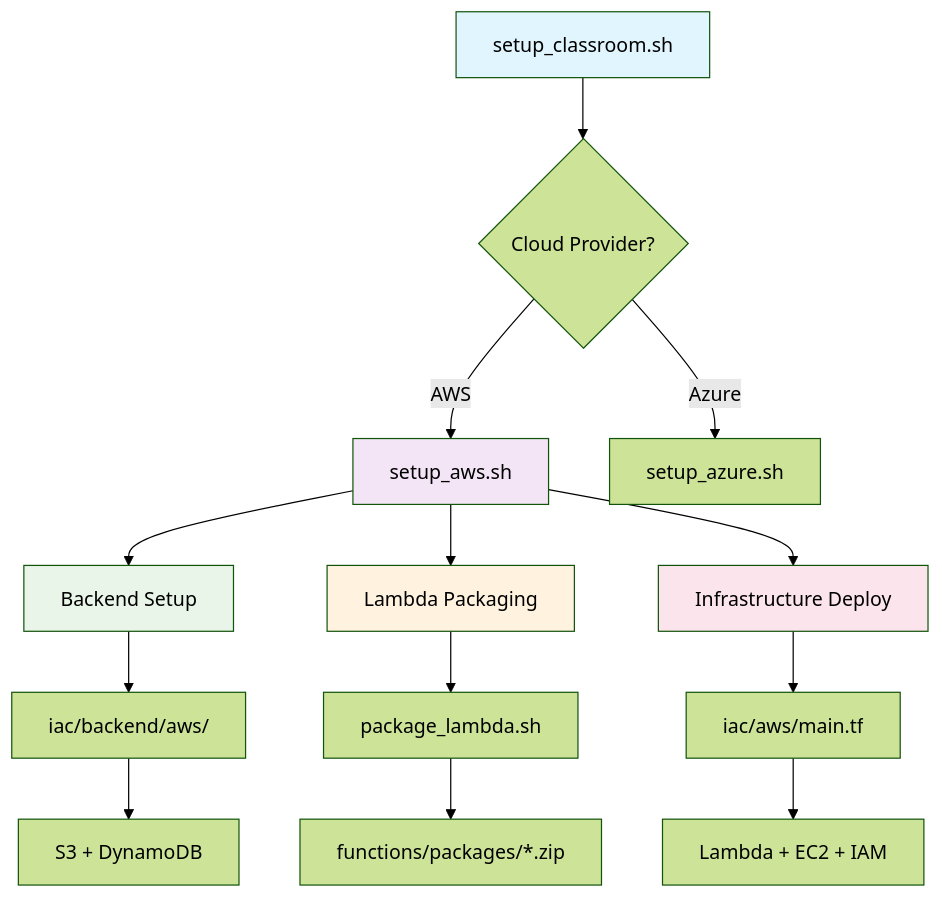
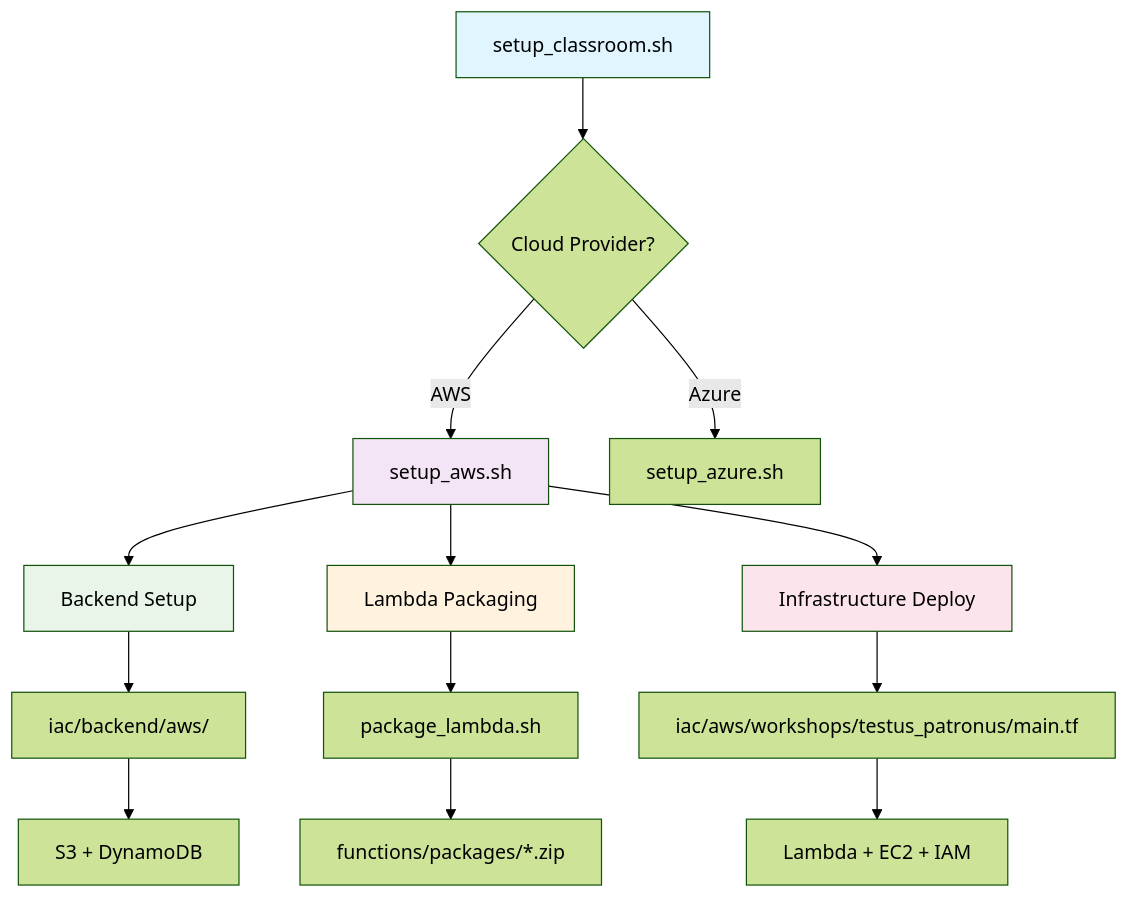
The first of 2 diagrams in README.md (Bassaganas/cloud-classroom-provisioning), drawn with Mermaid (forest theme) before and after one commit. The commit also changed other lines of this file and 44 other files, not shown here.

````diff
--- a/README.md
+++ b/README.md
@@ -467,24 +489,24 @@
 ```mermaid
 graph TD
     A[setup_classroom.sh] --> B{Cloud Provider?}
     B -->|AWS| C[setup_aws.sh]
     B -->|Azure| D[setup_azure.sh]
     
     C --> E[Backend Setup]
     E --> F[iac/backend/aws/]
     F --> G[S3 + DynamoDB]
     
     C --> H[Lambda Packaging]
     H --> I[package_lambda.sh]
     I --> J[functions/packages/*.zip]
     
     C --> K[Infrastructure Deploy]
-    K --> L[iac/aws/main.tf]
+    K --> L[iac/aws/workshops/testus_patronus/main.tf]
     L --> M[Lambda + EC2 + IAM]
     
     style A fill:#e1f5fe
     style C fill:#f3e5f5
     style E fill:#e8f5e8
     style H fill:#fff3e0
     style K fill:#fce4ec
 ```
````
